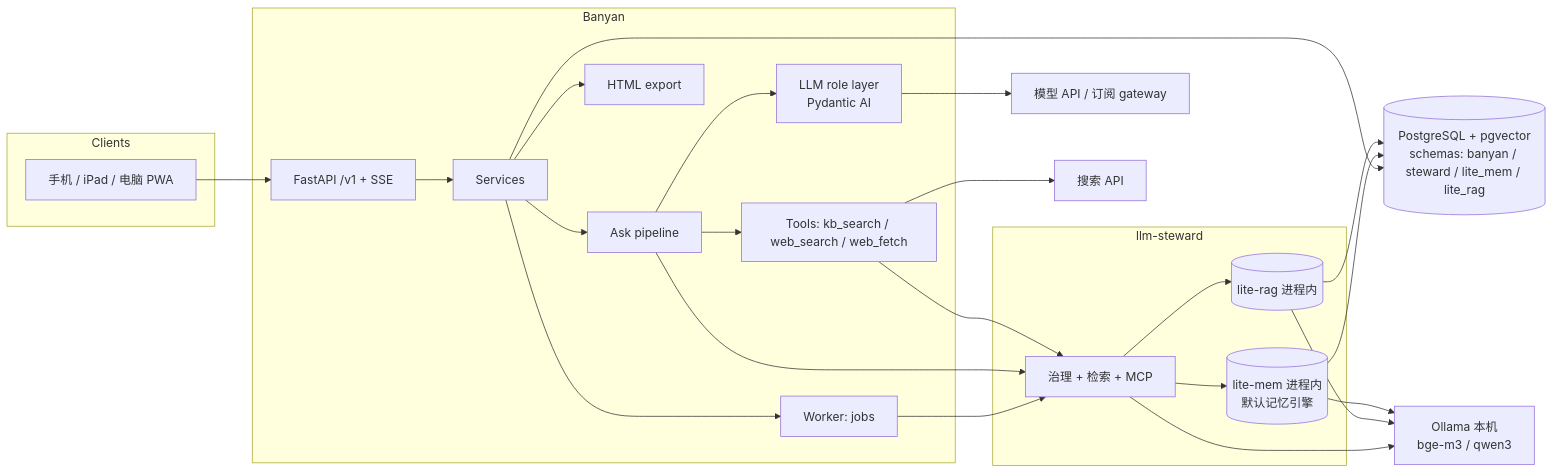
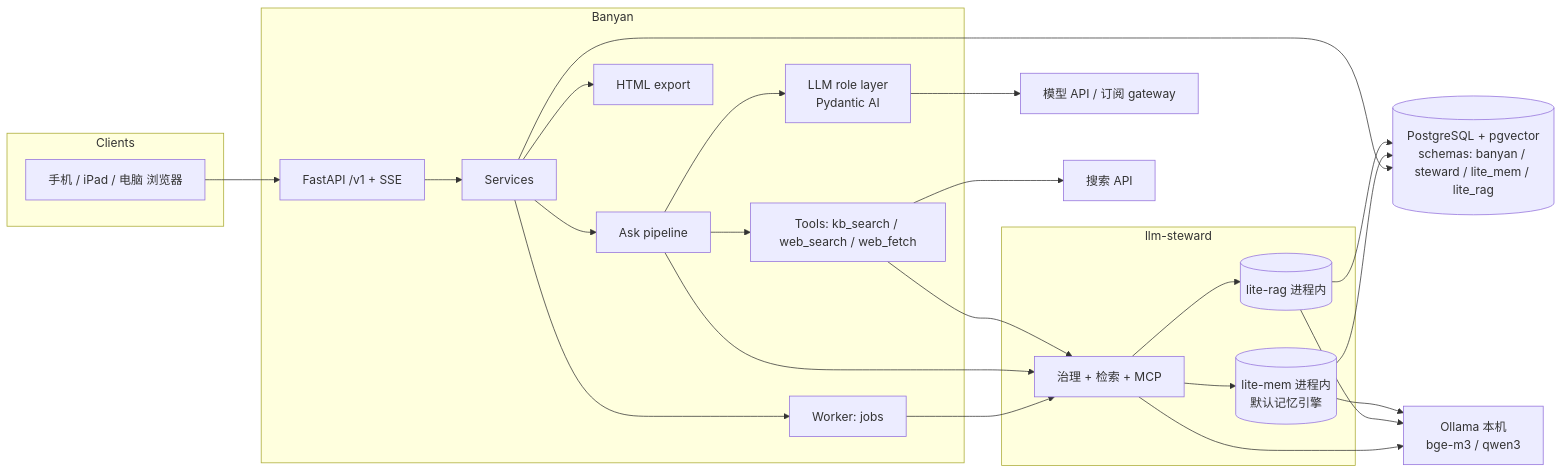
Before and after one commit to ArthurGao/banyan: the diagram in docs/banyan-design.md, drawn with Mermaid. The commit also changed other lines of this file and 3 other files, not shown here.

````diff
--- a/docs/banyan-design.md
+++ b/docs/banyan-design.md
@@ -85,37 +85,37 @@
 ```mermaid
 flowchart LR
   subgraph Clients
-    P[手机 / iPad / 电脑 PWA]
+    P[手机 / iPad / 电脑 浏览器]
   end
   subgraph Banyan
     API[FastAPI /v1 + SSE]
     SVC[Services]
     PIPE[Ask pipeline]
     LLM[LLM role layer<br/>Pydantic AI]
     TOOLS[Tools: kb_search / web_search / web_fetch]
     W[Worker: jobs]
     EXP[HTML export]
   end
   subgraph Steward[llm-steward]
     GOV[治理 + 检索 + MCP]
     LR[(lite-rag 进程内)]
     M0[(lite-mem 进程内<br/>默认记忆引擎)]
   end
   PG[(PostgreSQL + pgvector<br/>schemas: banyan / steward / lite_mem / lite_rag)]
   OL[Ollama 本机<br/>bge-m3 / qwen3]
   EXT[模型 API / 订阅 gateway]
   SR[搜索 API]
 
   P --> API --> SVC --> PIPE --> LLM --> EXT
   PIPE --> TOOLS --> SR
   TOOLS --> GOV
   PIPE --> GOV
   SVC --> W --> GOV
   SVC --> EXP
   GOV --> LR --> PG
   GOV --> M0 --> PG
   M0 --> OL
   SVC --> PG
   LR --> OL
   GOV --> OL
 ```
````
